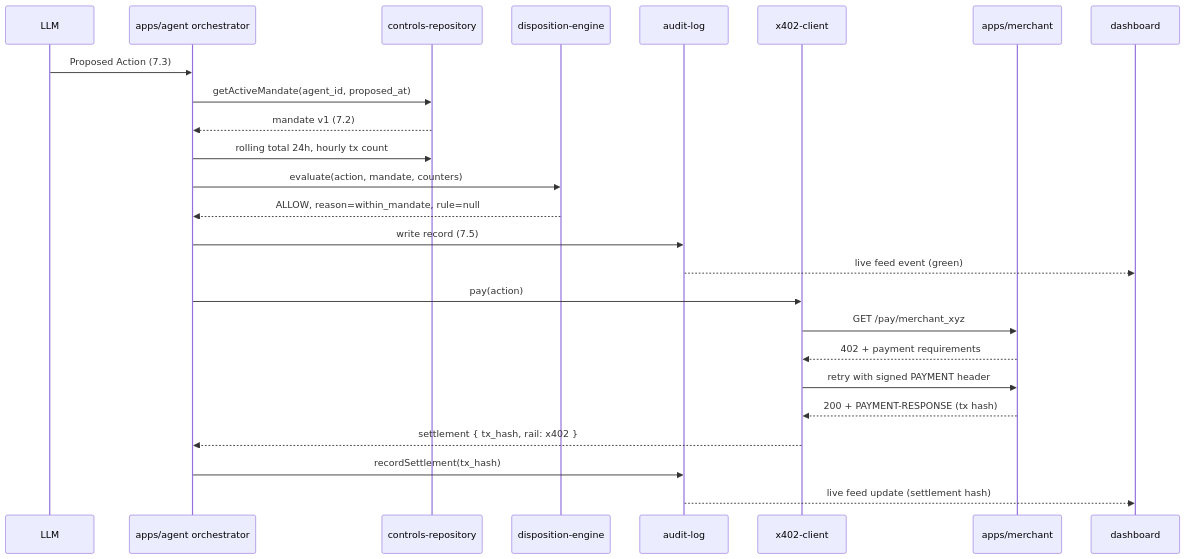
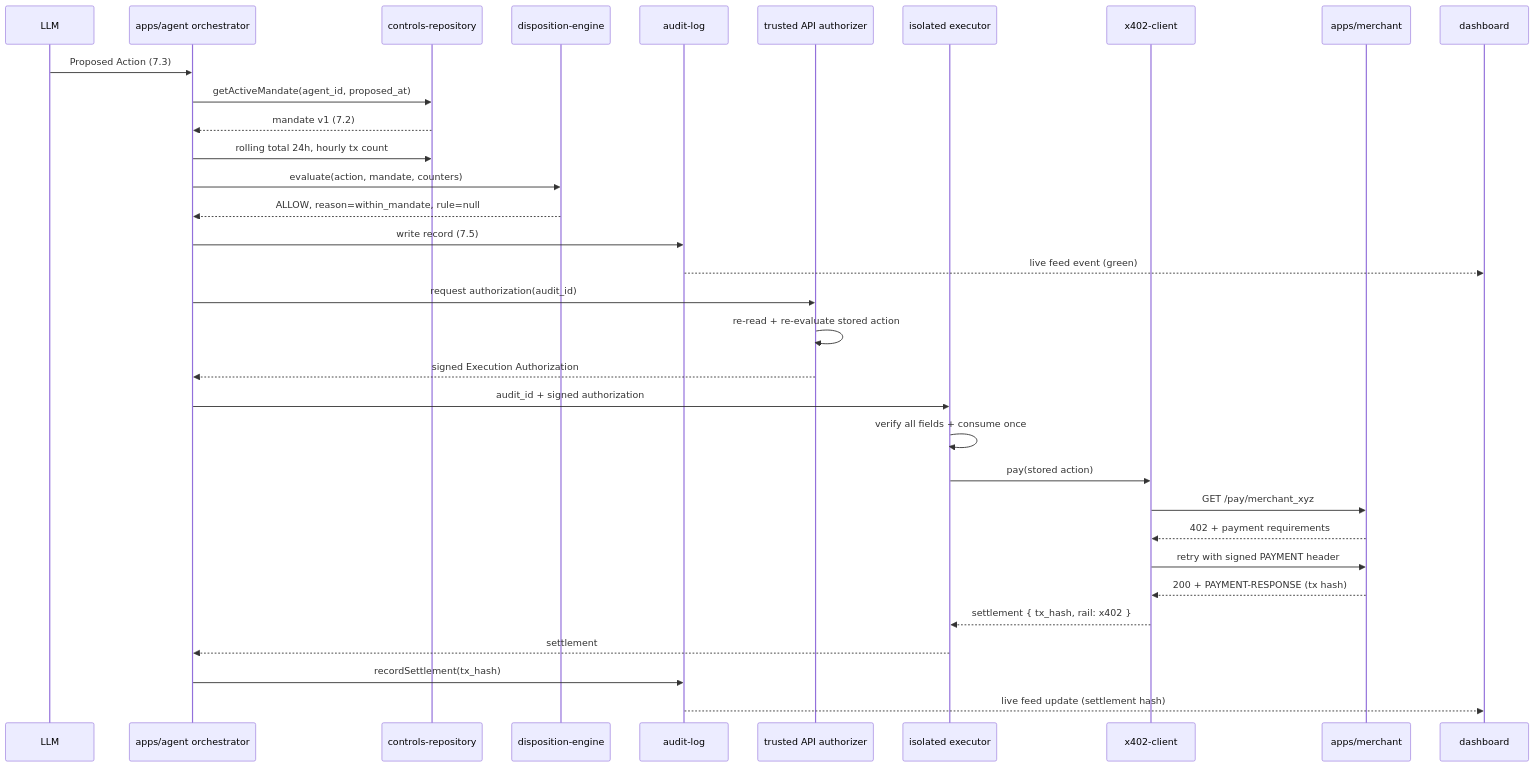
Before and after one commit to Harshyadav442277/Cerberus: the diagram in docs/Architecture.md, drawn with Mermaid. The commit also changed other lines of this file and 64 other files, not shown here.

Commit message:
Harden signer isolation and execution authorization

````diff
--- a/docs/Architecture.md
+++ b/docs/Architecture.md
@@ -201,28 +245,36 @@
 ```mermaid
 sequenceDiagram
     participant LLM
     participant Agent as apps/agent orchestrator
     participant Controls as controls-repository
     participant Engine as disposition-engine
     participant Audit as audit-log
+    participant Auth as trusted API authorizer
+    participant Exec as isolated executor
     participant X402 as x402-client
     participant Merchant as apps/merchant
     participant Dash as dashboard
 
     LLM->>Agent: Proposed Action (7.3)
     Agent->>Controls: getActiveMandate(agent_id, proposed_at)
     Controls-->>Agent: mandate v1 (7.2)
     Agent->>Controls: rolling total 24h, hourly tx count
     Agent->>Engine: evaluate(action, mandate, counters)
     Engine-->>Agent: ALLOW, reason=within_mandate, rule=null
     Agent->>Audit: write record (7.5)
     Audit-->>Dash: live feed event (green)
-    Agent->>X402: pay(action)
+    Agent->>Auth: request authorization(audit_id)
+    Auth->>Auth: re-read + re-evaluate stored action
+    Auth-->>Agent: signed Execution Authorization
+    Agent->>Exec: audit_id + signed authorization
+    Exec->>Exec: verify all fields + consume once
+    Exec->>X402: pay(stored action)
     X402->>Merchant: GET /pay/merchant_xyz
     Merchant-->>X402: 402 + payment requirements
     X402->>Merchant: retry with signed PAYMENT header
     Merchant-->>X402: 200 + PAYMENT-RESPONSE (tx hash)
-    X402-->>Agent: settlement { tx_hash, rail: x402 }
+    X402-->>Exec: settlement { tx_hash, rail: x402 }
+    Exec-->>Agent: settlement
     Agent->>Audit: recordSettlement(tx_hash)
     Audit-->>Dash: live feed update (settlement hash)
 ```
````
